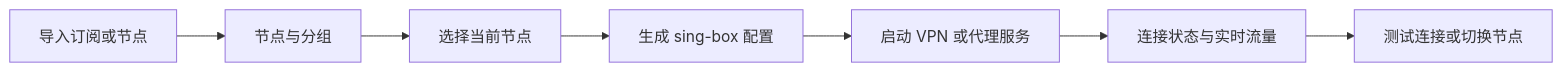
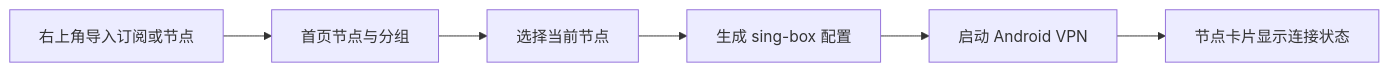
The first of 2 diagrams in docs/PRODUCT_AND_UI_STRUCTURE.md (killertop/NekoPilot-Android), drawn with Mermaid before and after one commit. The commit also changed other lines of this file and 47 other files, not shown here.

Commit message:
fix: harden updates and runtime regression flows

````diff
--- a/docs/PRODUCT_AND_UI_STRUCTURE.md
+++ b/docs/PRODUCT_AND_UI_STRUCTURE.md
@@ -7,9 +7,8 @@
 ```mermaid
 flowchart LR
-    A[导入订阅或节点] --> B[节点与分组]
+    A[右上角导入订阅或节点] --> B[首页节点与分组]
     B --> C[选择当前节点]
     C --> D[生成 sing-box 配置]
-    D --> E[启动 VPN 或代理服务]
-    E --> F[连接状态与实时流量]
-    F --> G[测试连接或切换节点]
+    D --> E[启动 Android VPN]
+    E --> F[节点卡片显示连接状态]
 ```
````
